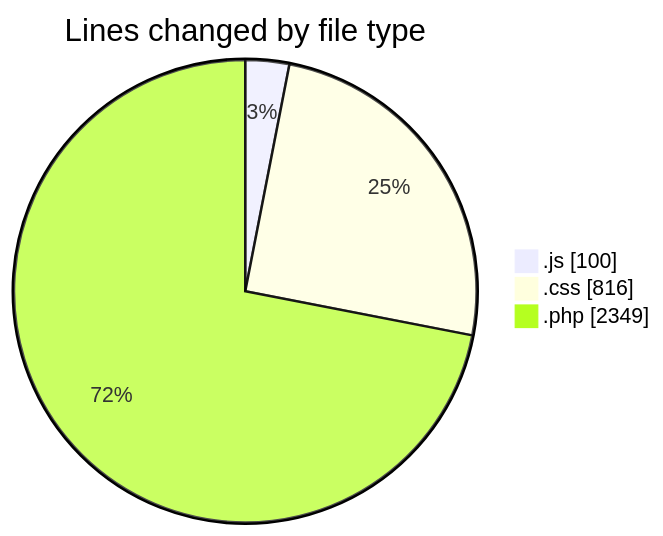
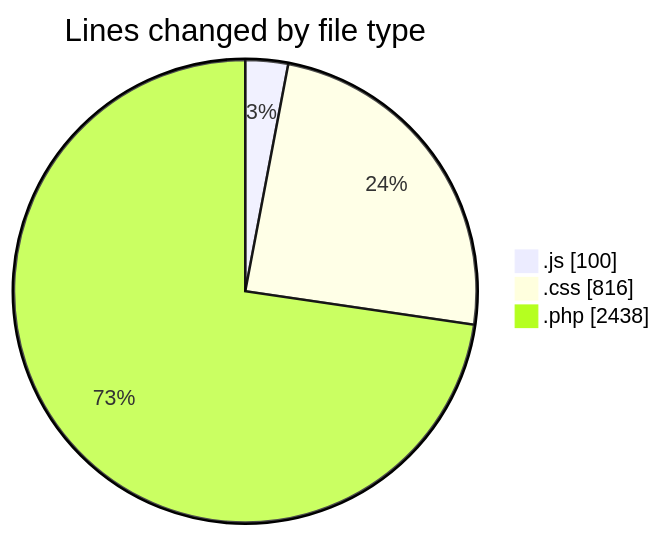
Before and after one commit to lephambinh05/code-tracking: the first of 2 diagrams in 2025-08-25/quytuthien_vn/README.md, drawn with Mermaid. The commit also changed other lines of this file and 1 other file, not shown here.

````diff
--- a/2025-08-25/quytuthien_vn/README.md
+++ b/2025-08-25/quytuthien_vn/README.md
@@ -36,7 +36,7 @@
 ```mermaid
 pie showData
 title Lines changed by file type
 ".js" : 100
 ".css" : 816
-".php" : 2349
+".php" : 2438
 ```
````
